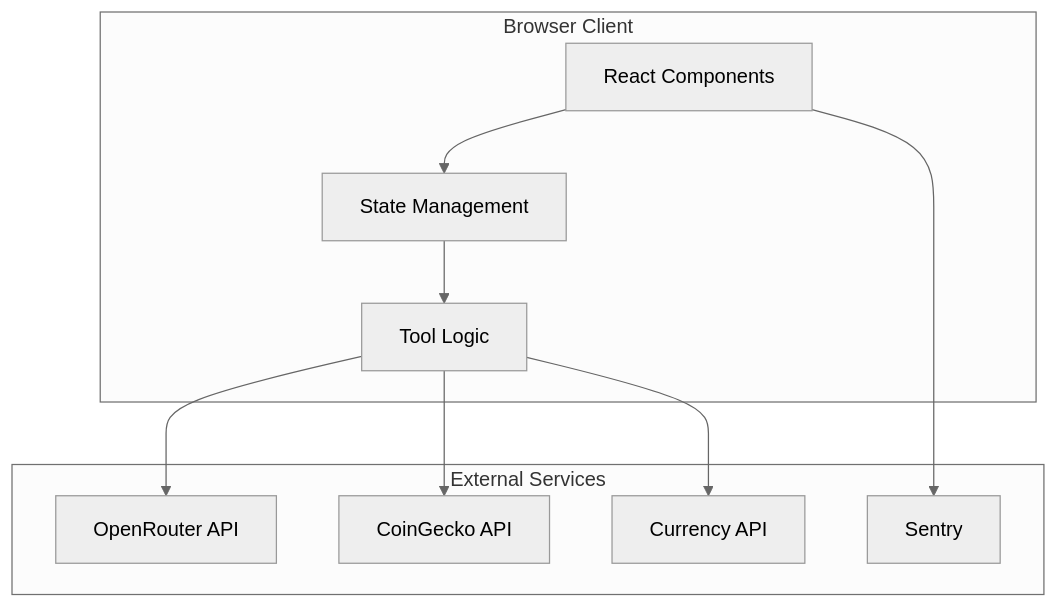
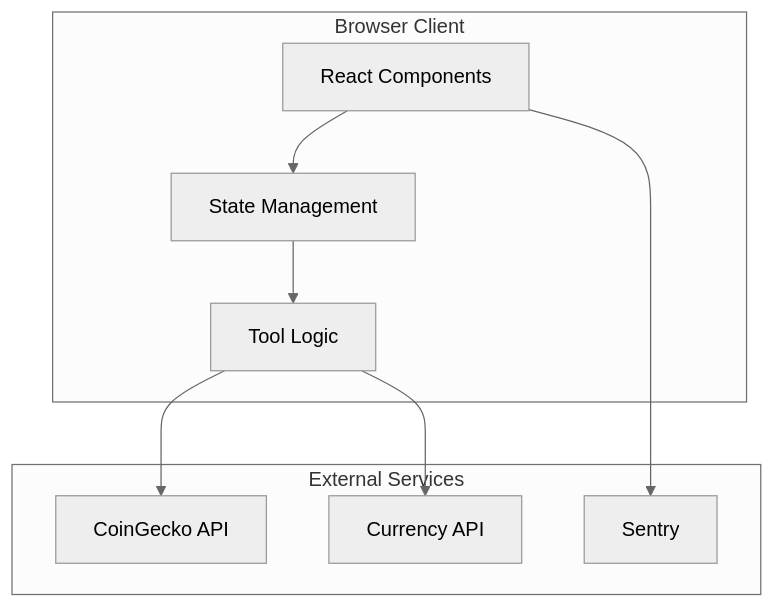
The first of 6 diagrams in docs/ARCHITECTURE.md (puri-adityakumar/astraa), drawn with Mermaid (neutral theme) before and after one commit. The commit also changed other lines of this file and 6 other files, not shown here.

````diff
--- a/docs/ARCHITECTURE.md
+++ b/docs/ARCHITECTURE.md
@@ -16,22 +16,20 @@
 ```mermaid
 graph TB
     subgraph Client["Browser Client"]
         UI[React Components]
         State[State Management]
         Tools[Tool Logic]
     end
 
     subgraph External["External Services"]
-        OR[OpenRouter API]
         CG[CoinGecko API]
         FX[Currency API]
         Sentry[Sentry]
     end
 
     UI --> State
     State --> Tools
-    Tools --> OR
     Tools --> CG
     Tools --> FX
     UI --> Sentry
 ```
````
